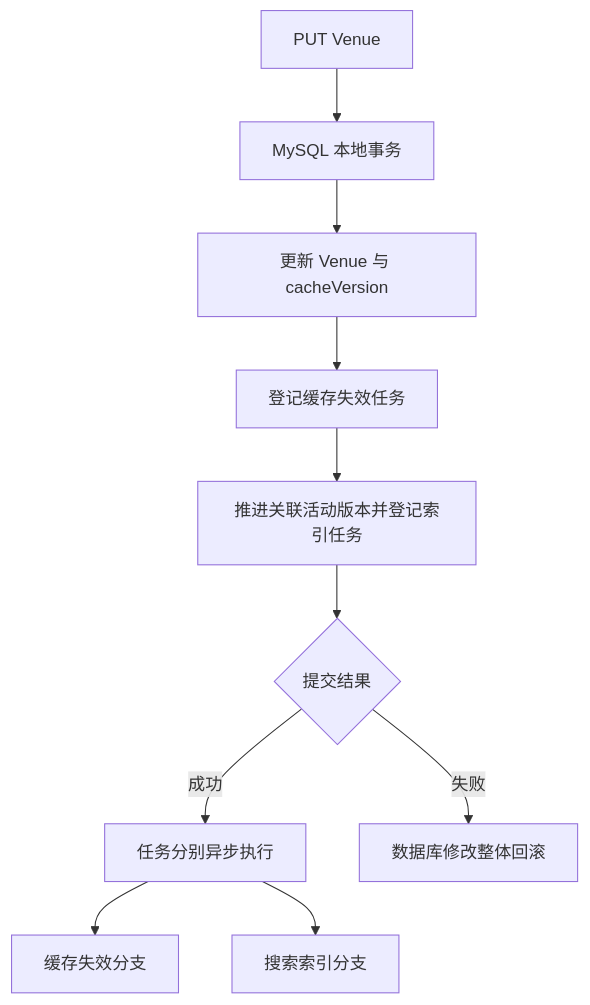
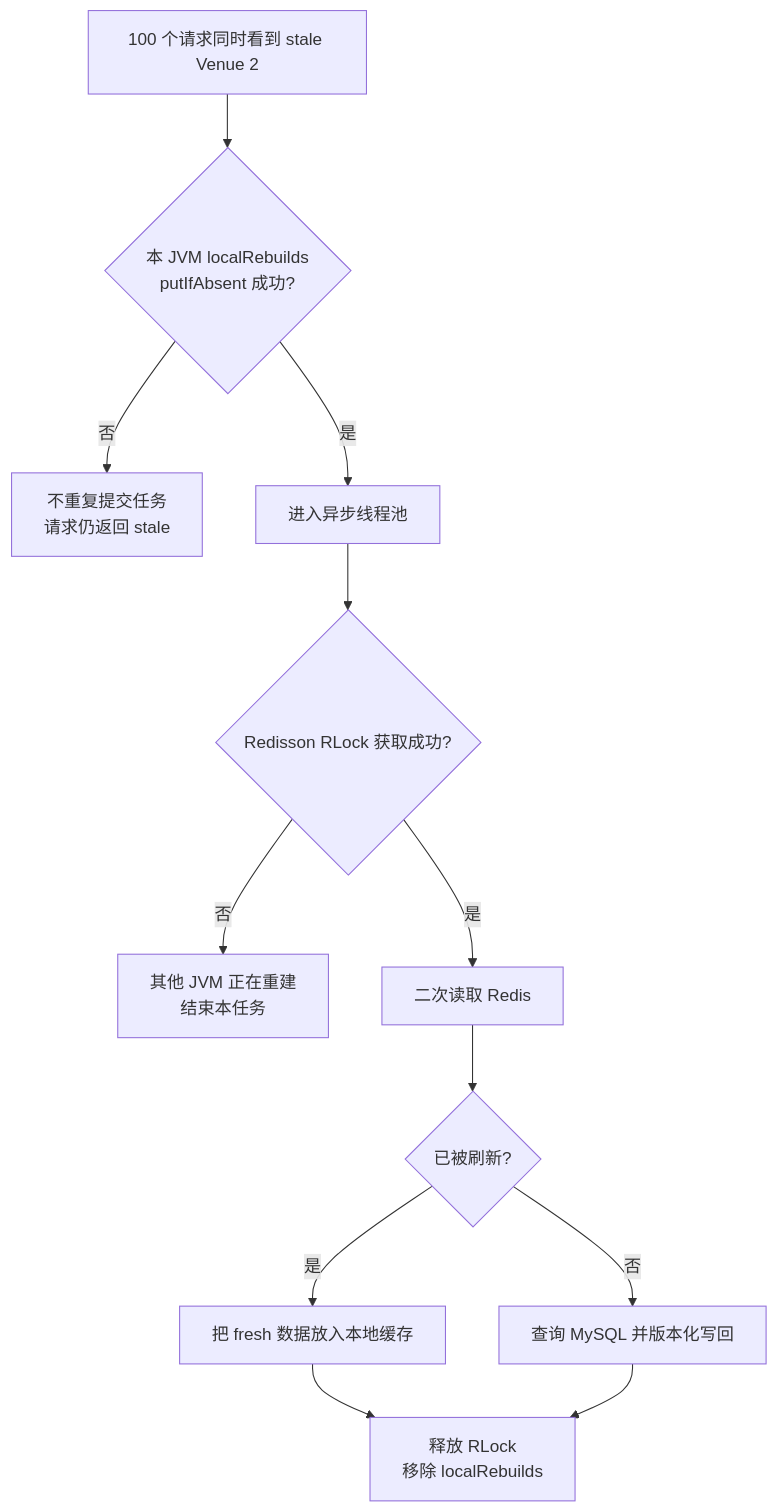
One commit to SyH-101/citypass-platform changed the sixth of 15 diagrams in 02-多级缓存一致性.md. Above: the diagram before and after it, drawn with Mermaid. The commit also changed other lines of this file, not shown here.

Commit message:
docs: restructure multi-level cache learning guide

````diff
--- a/02-多级缓存一致性.md
+++ b/02-多级缓存一致性.md
@@ -551,12 +345,14 @@
 ```mermaid
 flowchart TD
-    A["PUT Venue"] --> B["MySQL 本地事务"]
-    B --> C["更新 Venue 与 cacheVersion"]
-    C --> D["登记缓存失效任务"]
-    D --> E["推进关联活动版本并登记索引任务"]
-    E --> F{"提交结果"}
-    F -->|成功| G["任务分别异步执行"]
-    F -->|失败| H["数据库修改整体回滚"]
-    G --> I["缓存失效分支"]
-    G --> J["搜索索引分支"]
+    A["100 个请求同时看到 stale Venue 2"] --> B{"本 JVM localRebuilds<br/>putIfAbsent 成功?"}
+    B -- "否" --> C["不重复提交任务<br/>请求仍返回 stale"]
+    B -- "是" --> D["进入异步线程池"]
+    D --> E{"Redisson RLock 获取成功?"}
+    E -- "否" --> F["其他 JVM 正在重建<br/>结束本任务"]
+    E -- "是" --> G["二次读取 Redis"]
+    G --> H{"已被刷新?"}
+    H -- "是" --> I["把 fresh 数据放入本地缓存"]
+    H -- "否" --> J["查询 MySQL 并版本化写回"]
+    I --> K["释放 RLock<br/>移除 localRebuilds"]
+    J --> K
 ```
````
